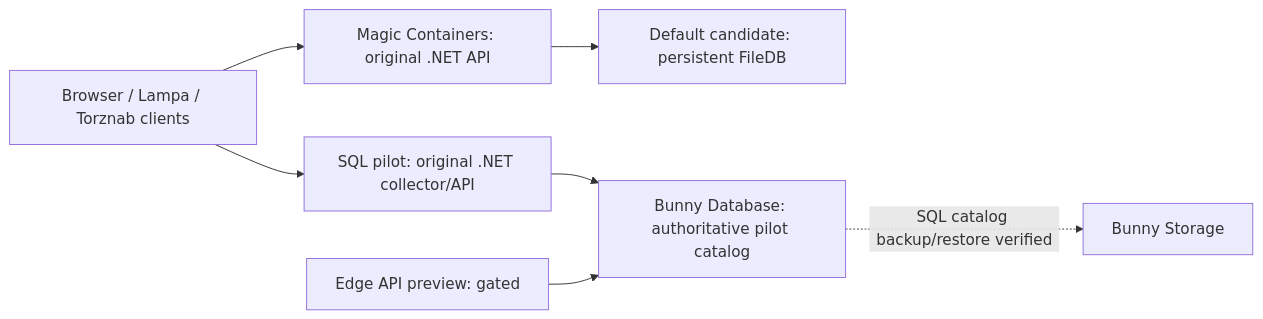
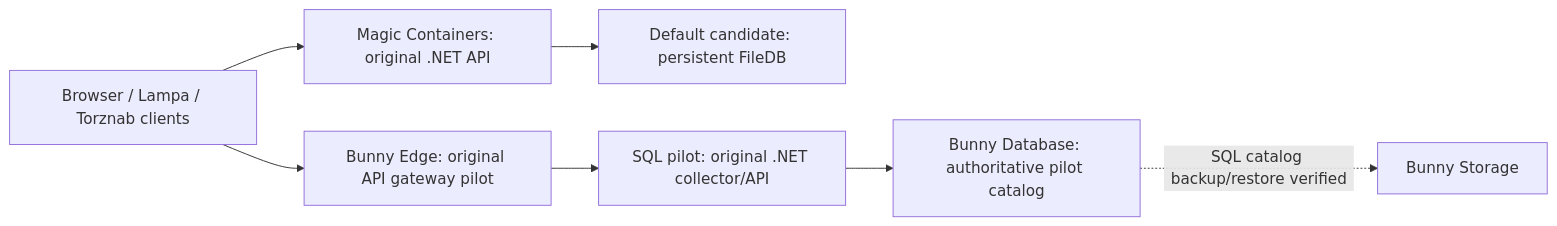
The diagram in README.md (vbrekher/jacred-bunny), drawn with Mermaid before and after one commit. The commit also changed other lines of this file and 5 other files, not shown here.

Commit message:
docs: publish real Edge SQL gateway acceptance evidence

````diff
--- a/README.md
+++ b/README.md
@@ -67,9 +67,9 @@
 ```mermaid
 flowchart LR
   Clients[Browser / Lampa / Torznab clients] --> MC[Magic Containers: original .NET API]
   MC --> FDB[Default candidate: persistent FileDB]
-  Clients --> Pilot[SQL pilot: original .NET collector/API]
+  Clients --> Gateway[Bunny Edge: original API gateway pilot]
+  Gateway --> Pilot[SQL pilot: original .NET collector/API]
   Pilot --> SQL[Bunny Database: authoritative pilot catalog]
-  Preview[Edge API preview: gated] --> SQL
   SQL -. SQL catalog backup/restore verified .-> Storage[Bunny Storage]
 ```
````
